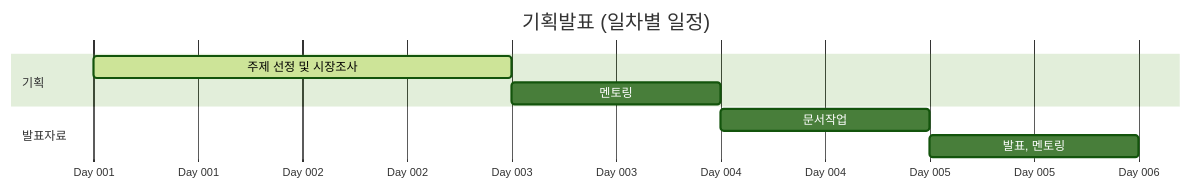
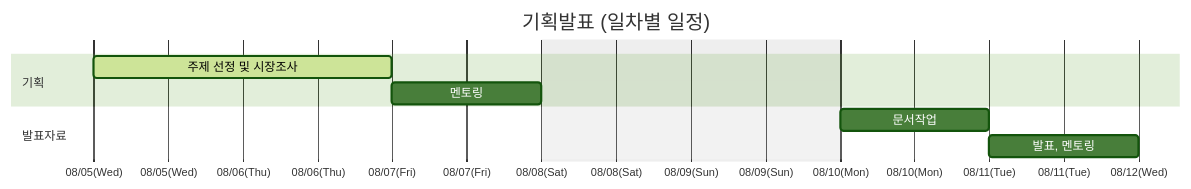
The second of 4 diagrams in profile/README.md (SAJOYO/.github), drawn with Mermaid (forest theme) before and after one commit.

````diff
--- a/profile/README.md
+++ b/profile/README.md
@@ -28,18 +28,20 @@
 ```mermaid
 gantt
     title 기획발표 (일차별 일정)
     dateFormat  YYYY-MM-DD
     
     %% 축을 일수(Day 01, Day 05...) 형태로 표시하고 5일 단위로 눈금을 끕니다
-    axisFormat Day %j
-    tickInterval 5d
+    %% axisFormat Day %j
+    axisFormat %m/%d(%a)
+    tickInterval 0.5day
+    excludes weekends
 
     section 기획
-    주제 선정 및 시장조사       : active, a1, 2026-01-01, 2d
+    주제 선정 및 시장조사       : active, a1, 2026-08-05, 2d
     멘토링                  : a2, after a1, 1d
 
     section 발표자료
     문서작업                 : b1, after a2, 1d
     발표, 멘토링              : b2, after b1, 1d
 
 ```
````
